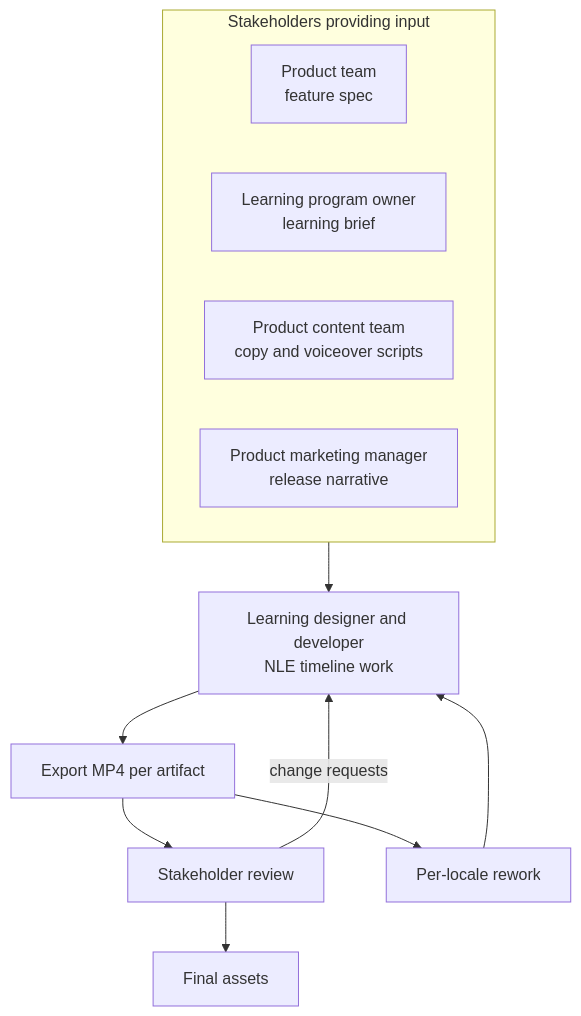
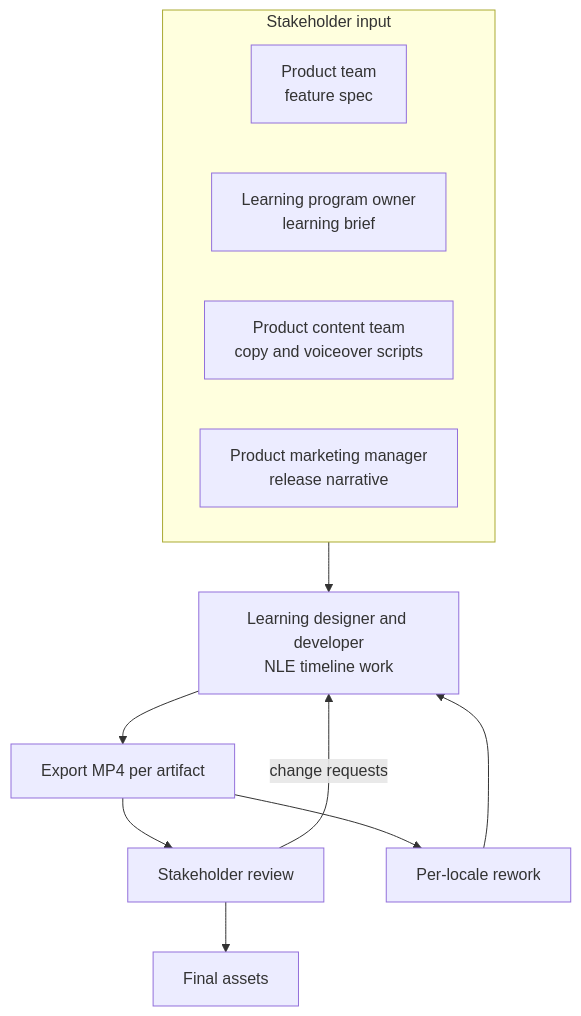
Before and after one commit to bilarikan/bilarikan.github.io: the fifth of 8 diagrams in content/posts/video-production-to-dev-workflow-editframe-test-drive/index.md, drawn with Mermaid. The commit also changed other lines of this file and 1 other file, not shown here.

First line of the commit message:
Post: add non-PR reviewer flow and minor copy edits

```diff
--- a/content/posts/video-production-to-dev-workflow-editframe-test-drive/index.md
+++ b/content/posts/video-production-to-dev-workflow-editframe-test-drive/index.md
@@ -262,24 +262,24 @@
 {{< mermaid >}}
 flowchart TD
-  subgraph stakeholders[Stakeholders providing input]
+  subgraph stakeholders[Stakeholder input]
     direction LR
     spec[Product team<br/>feature spec]
     lpo[Learning program owner<br/>learning brief]
     pc[Product content team<br/>copy and voiceover scripts]
     pmm[Product marketing manager<br/>release narrative]
   end
 
   ldd[Learning designer and developer<br/>NLE timeline work]
   exportv[Export MP4 per artifact]
   review[Stakeholder review]
   loc[Per-locale rework]
   final[Final assets]
 
   stakeholders --> ldd
   ldd --> exportv
   exportv --> review
   review -->|change requests| ldd
   exportv --> loc
   loc --> ldd
   review --> final
 {{< /mermaid >}}
```
